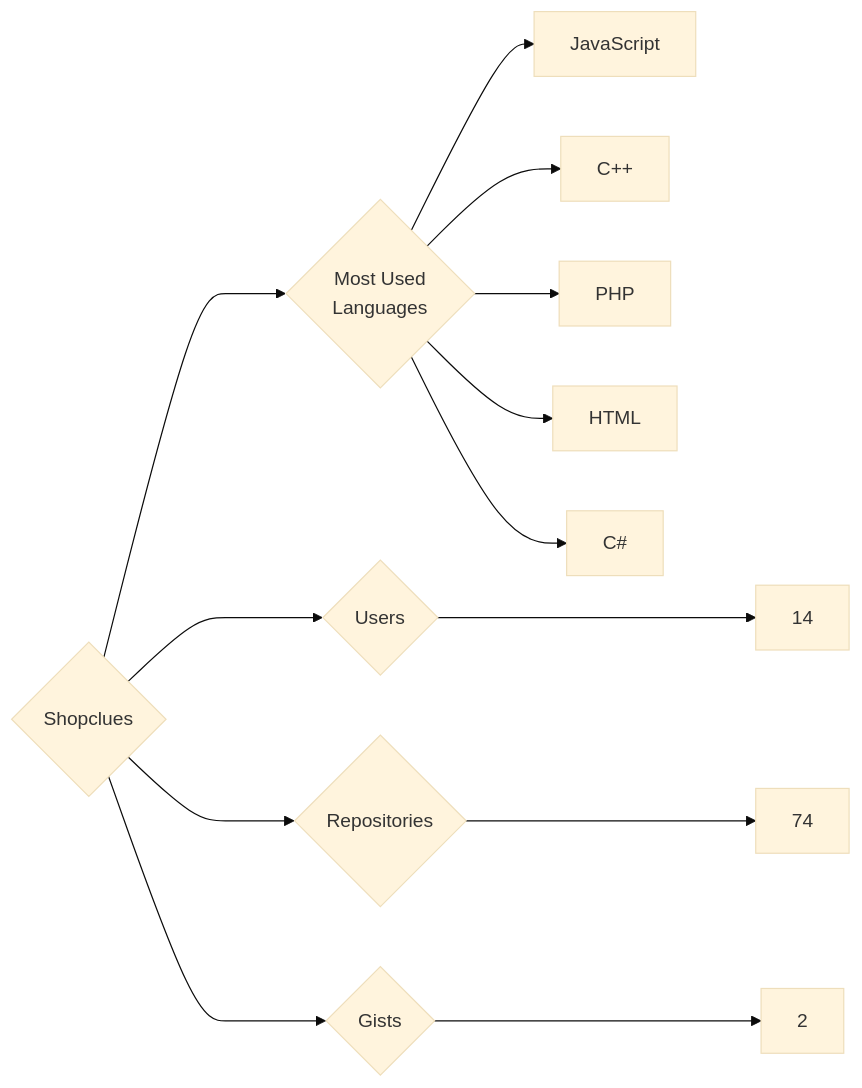
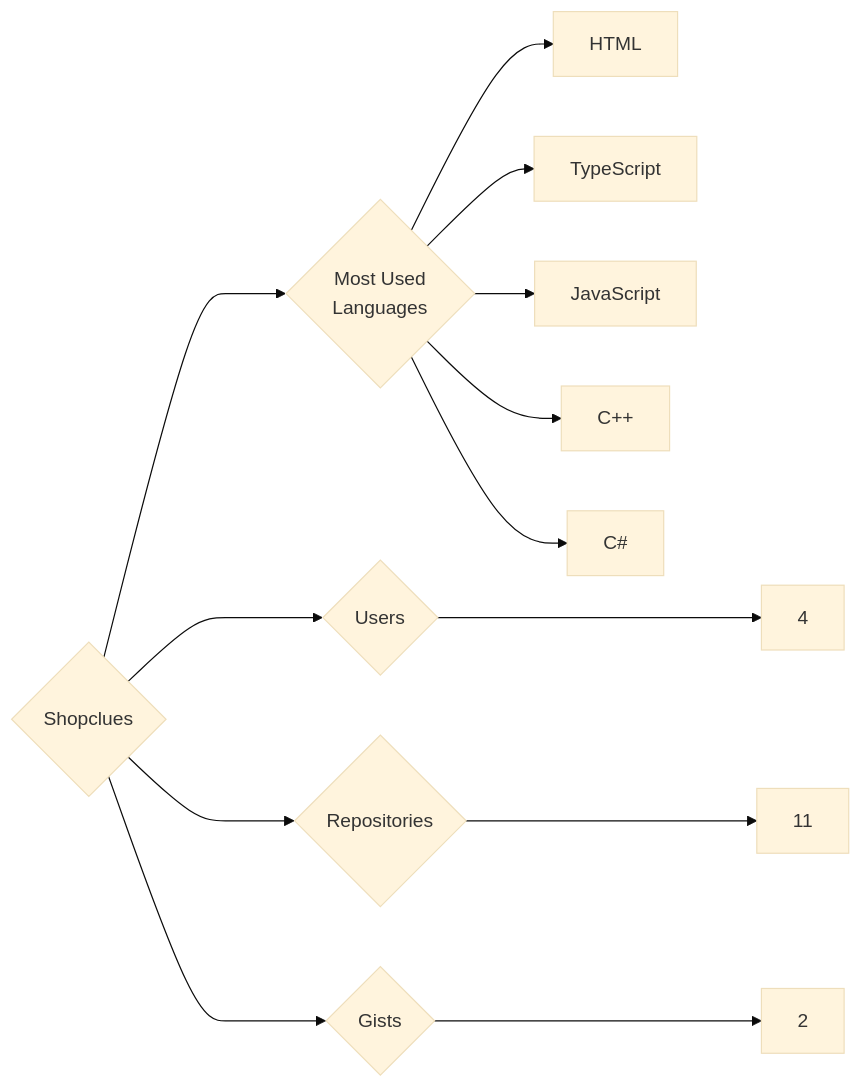
One commit to trickest/insiders changed the diagram in targets/Shopclues/README.md. Above: the diagram before and after it, drawn with Mermaid (base theme). The commit also changed 815 other files, not shown here.

````diff
--- a/targets/Shopclues/README.md
+++ b/targets/Shopclues/README.md
@@ -3,13 +3,13 @@
 ```mermaid
 graph LR
 COMPANY_NAME{Shopclues}
-COMPANY_NAME ---> U{Users} ---> UN[14]
-COMPANY_NAME ---> R{Repositories} ---> RN[74]
+COMPANY_NAME ---> U{Users} ---> UN[4]
+COMPANY_NAME ---> R{Repositories} ---> RN[11]
 COMPANY_NAME ---> G{Gists} ---> GN[2]
 COMPANY_NAME ---> ML{Most Used<br>Languages}
+ML --> HTML[HTML]
+ML --> TypeScript[TypeScript]
 ML --> JavaScript[JavaScript]
 ML --> C++[C++]
-ML --> PHP[PHP]
-ML --> HTML[HTML]
 ML --> C#[C#]
 ```
````
